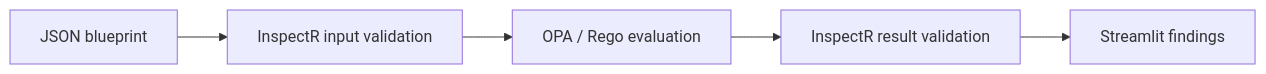
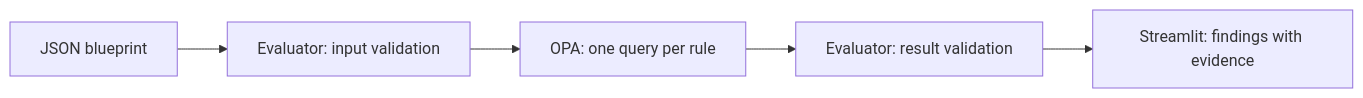
The diagram in README.md (sirin-koca/InspectR), drawn with Mermaid before and after one commit. The commit also changed other lines of this file and 31 other files, not shown here.

````diff
--- a/README.md
+++ b/README.md
@@ -78,7 +81,7 @@
 ```mermaid
 flowchart LR
-    A[JSON blueprint] --> B[InspectR input validation]
-    B --> C[OPA / Rego evaluation]
-    C --> D[InspectR result validation]
-    D --> E[Streamlit findings]
+    A[JSON blueprint] --> B[Evaluator: input validation]
+    B --> C[OPA: one query per rule]
+    C --> D[Evaluator: result validation]
+    D --> E[Streamlit: findings with evidence]
 ```
````
